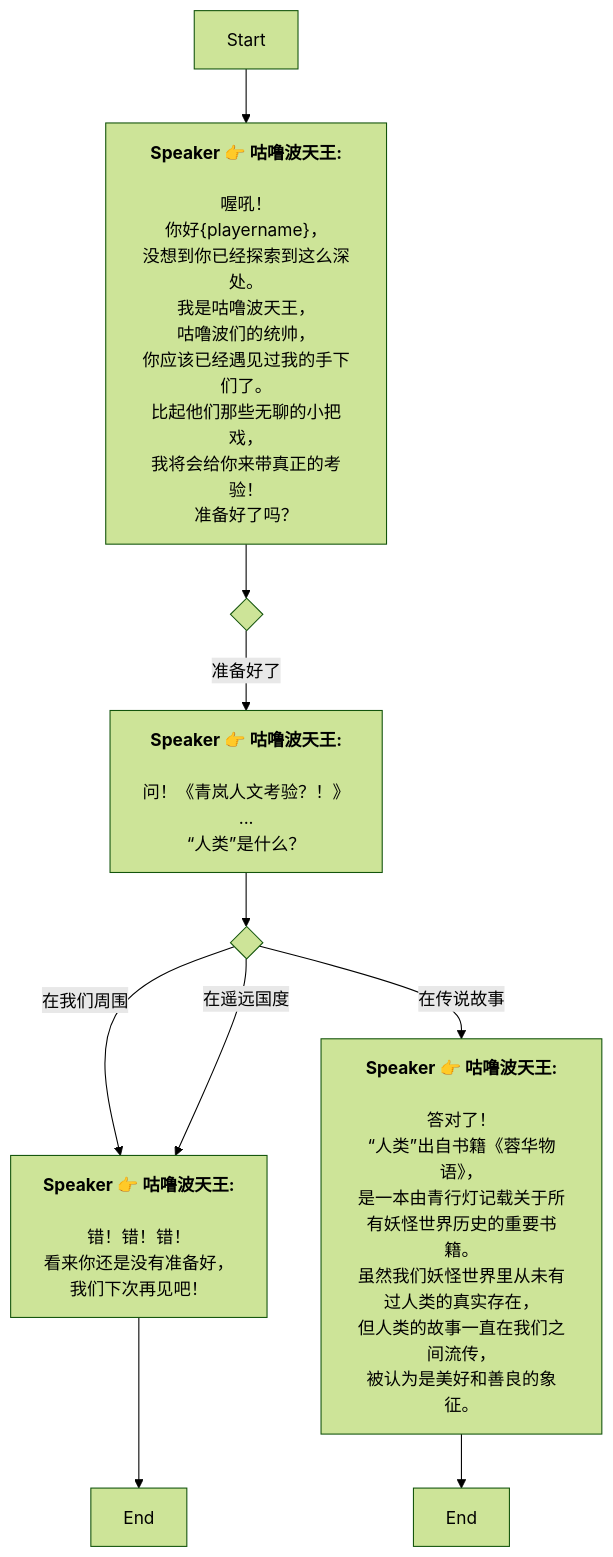
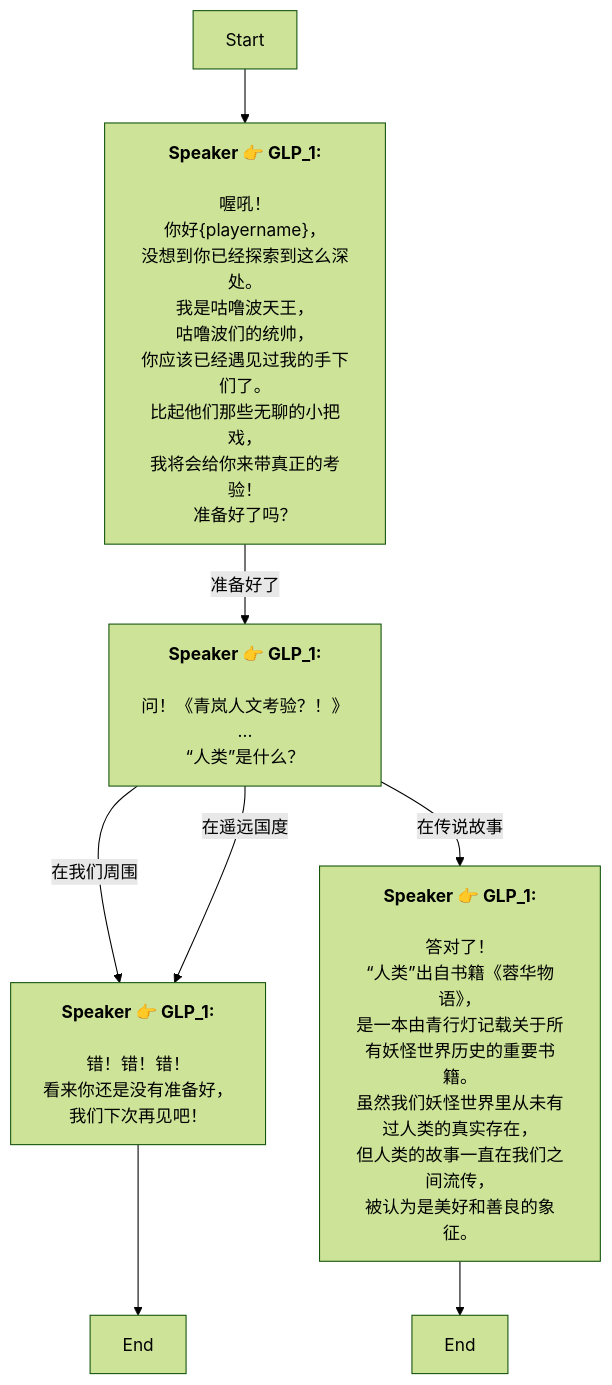
One commit to SoftHu/tos_avg changed the diagram in Zh/4_4_1_gaming.md. Above: the diagram before and after it, drawn with Mermaid (forest theme). The commit also changed 737 other files, not shown here.

````diff
--- a/Zh/4_4_1_gaming.md
+++ b/Zh/4_4_1_gaming.md
@@ -1,42 +1,29 @@
 ```mermaid
 graph
-Start -->1759525374602824[<b>Speaker 👉 咕噜波天王:</b>
-
-喔吼！
+Start -->1759525374602824[<b>Speaker 👉 GLP_1:</b>
+\n喔吼！
 你好&lbrace;playername&rbrace;，
-没想到你已经探索到这么深处。
-我是咕噜波天王，
+没想到你已经探索到这么深处。\n我是咕噜波天王，
 咕噜波们的统帅，
-你应该已经遇见过我的手下们了。
-比起他们那些无聊的小把戏，
+你应该已经遇见过我的手下们了。\n比起他们那些无聊的小把戏，
 我将会给你来带真正的考验！
 准备好了吗？]
-1759525374602824 -->1759525670811209{ }
-1759525670811209 -->|准备好了|1759525703176780[<b>Speaker 👉 咕噜波天王:</b>
-
-问！《青岚人文考验？！》
+1759525374602824 -->|准备好了|1759525703176780[<b>Speaker 👉 GLP_1:</b>
+\n问！《青岚人文考验？！》
 ...
 “人类”是什么？]
-1759525703176780 -->1759525812190798{ }
-1759525812190798 -->|在我们周围|1759525952616021[<b>Speaker 👉 咕噜波天王:</b>
-
-错！错！错！
-看来你还是没有准备好，
+1759525703176780 -->|在我们周围|1759525952616021[<b>Speaker 👉 GLP_1:</b>
+\n错！错！错！\n看来你还是没有准备好，
 我们下次再见吧！]
-1759525812190798 -->|在遥远国度|1759525952616021[<b>Speaker 👉 咕噜波天王:</b>
-
-错！错！错！
-看来你还是没有准备好，
+1759525703176780 -->|在遥远国度|1759525952616021[<b>Speaker 👉 GLP_1:</b>
+\n错！错！错！\n看来你还是没有准备好，
 我们下次再见吧！]
-1759525812190798 -->|在传说故事|1759526024569432[<b>Speaker 👉 咕噜波天王:</b>
-
-答对了！
-“人类”出自书籍《蓉华物语》，
-是一本由青行灯记载关于所有妖怪世界历史的重要书籍。
-虽然我们妖怪世界里从未有过人类的真实存在，
+1759525703176780 -->|在传说故事|1759526024569432[<b>Speaker 👉 GLP_1:</b>
+\n答对了！\n“人类”出自书籍《蓉华物语》，
+是一本由青行灯记载关于所有妖怪世界历史的重要书籍。\n虽然我们妖怪世界里从未有过人类的真实存在，
 但人类的故事一直在我们之间流传，
 被认为是美好和善良的象征。]
 1759525952616021 -->1759526013052502[End]
 1759526024569432 -->1759526016419415[End]
 
- ```
+```
````
